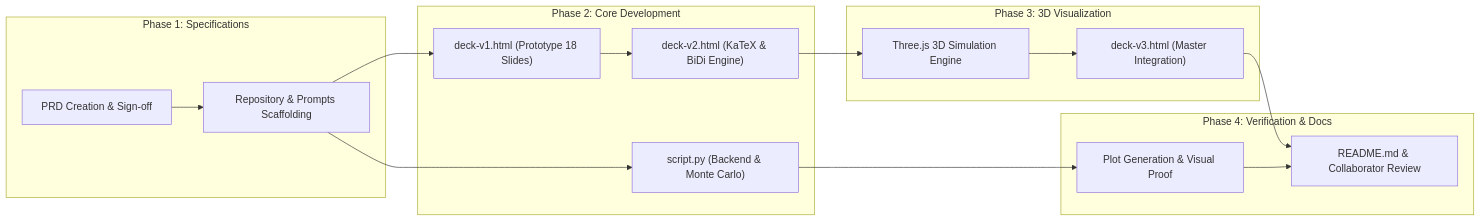
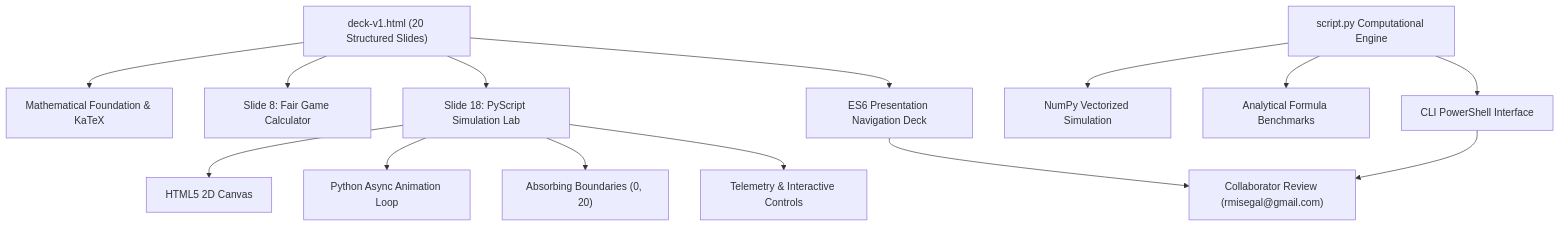
The diagram in PRD.md (rzae4044-maker/AI-agents-assignment1), drawn with Mermaid before and after one commit. The commit also changed other lines of this file, not shown here.

````diff
--- a/PRD.md
+++ b/PRD.md
@@ -561,20 +386,19 @@
 ```mermaid
-flowchart LR
-    subgraph Phase1["Phase 1: Specifications"]
-        A["PRD Creation & Sign-off"] --> B["Repository & Prompts Scaffolding"]
-    end
-    subgraph Phase2["Phase 2: Core Development"]
-        B --> C["deck-v1.html (Prototype 18 Slides)"]
-        B --> D["script.py (Backend & Monte Carlo)"]
-        C --> E["deck-v2.html (KaTeX & BiDi Engine)"]
-    end
-    subgraph Phase3["Phase 3: 3D Visualization"]
-        E --> F["Three.js 3D Simulation Engine"]
-        F --> G["deck-v3.html (Master Integration)"]
-    end
-    subgraph Phase4["Phase 4: Verification & Docs"]
-        D --> H["Plot Generation & Visual Proof"]
-        G --> I["README.md & Collaborator Review"]
-        H --> I
-    end
+flowchart TD
+    A["deck-v1.html (20 Structured Slides)"] --> B["Mathematical Foundation & KaTeX"]
+    A --> C["Slide 8: Fair Game Calculator"]
+    A --> D["Slide 18: PyScript Simulation Lab"]
+    A --> E["ES6 Presentation Navigation Deck"]
+    
+    D --> D1["HTML5 2D Canvas"]
+    D --> D2["Python Async Animation Loop"]
+    D --> D3["Absorbing Boundaries (0, 20)"]
+    D --> D4["Telemetry & Interactive Controls"]
+
+    F["script.py Computational Engine"] --> F1["NumPy Vectorized Simulation"]
+    F --> F2["Analytical Formula Benchmarks"]
+    F --> F3["CLI PowerShell Interface"]
+
+    E --> G["Collaborator Review (rmisegal@gmail.com)"]
+    F3 --> G
 ```
````
